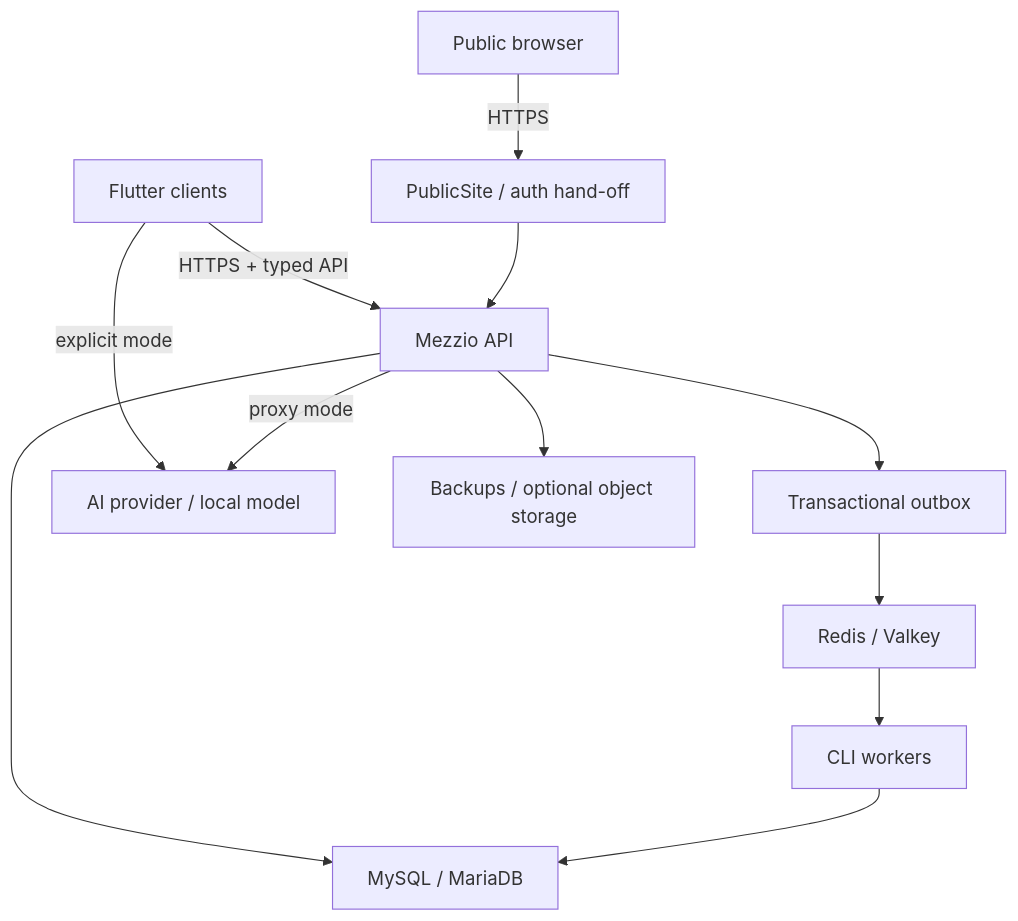
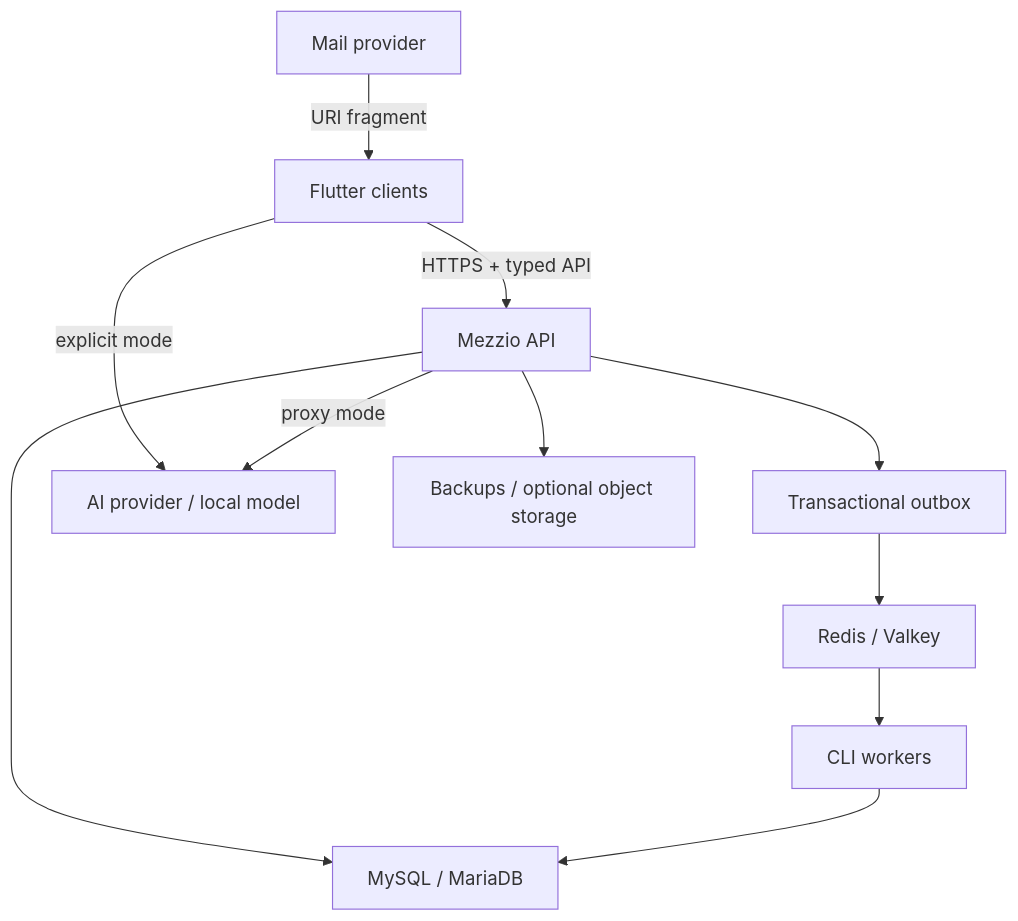
The diagram in docs/product/phases/phase-00-evidence/docs/security/01-threat-model.md (providentia-systems/backend), drawn with Mermaid before and after one commit. The commit also changed other lines of this file and 47 other files, not shown here.

````diff
--- a/docs/product/phases/phase-00-evidence/docs/security/01-threat-model.md
+++ b/docs/product/phases/phase-00-evidence/docs/security/01-threat-model.md
@@ -61,14 +65,13 @@
 ```mermaid
 flowchart TD
     C["Flutter clients"] -->|HTTPS + typed API| A["Mezzio API"]
-    W["Public browser"] -->|HTTPS| P["PublicSite / auth hand-off"]
-    P --> A
+    M["Mail provider"] -->|URI fragment| C
     A --> D["MySQL / MariaDB"]
     A --> O["Transactional outbox"]
     O --> Q["Redis / Valkey"]
     Q --> K["CLI workers"]
     K --> D
     C -->|explicit mode| V["AI provider / local model"]
     A -->|proxy mode| V
     A --> B["Backups / optional object storage"]
 ```
````
